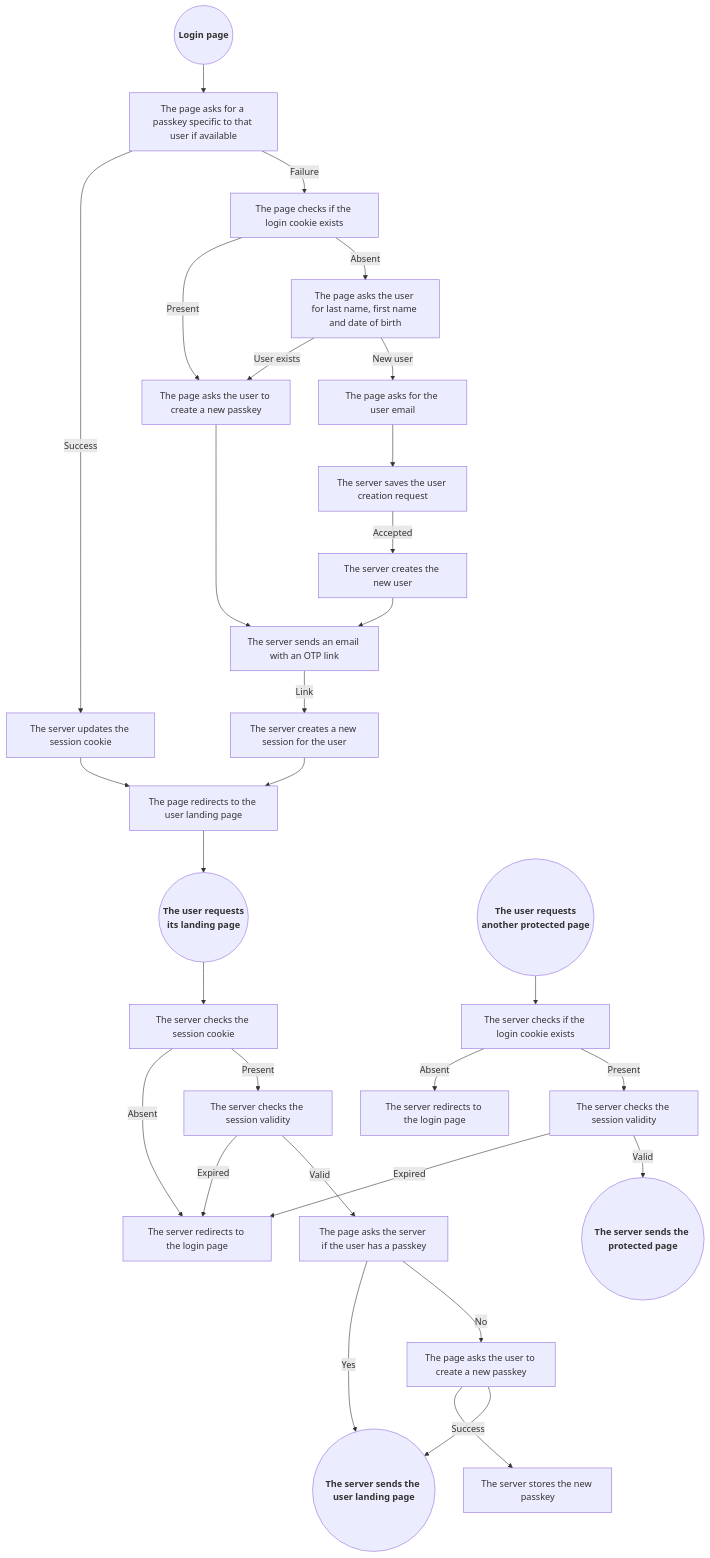
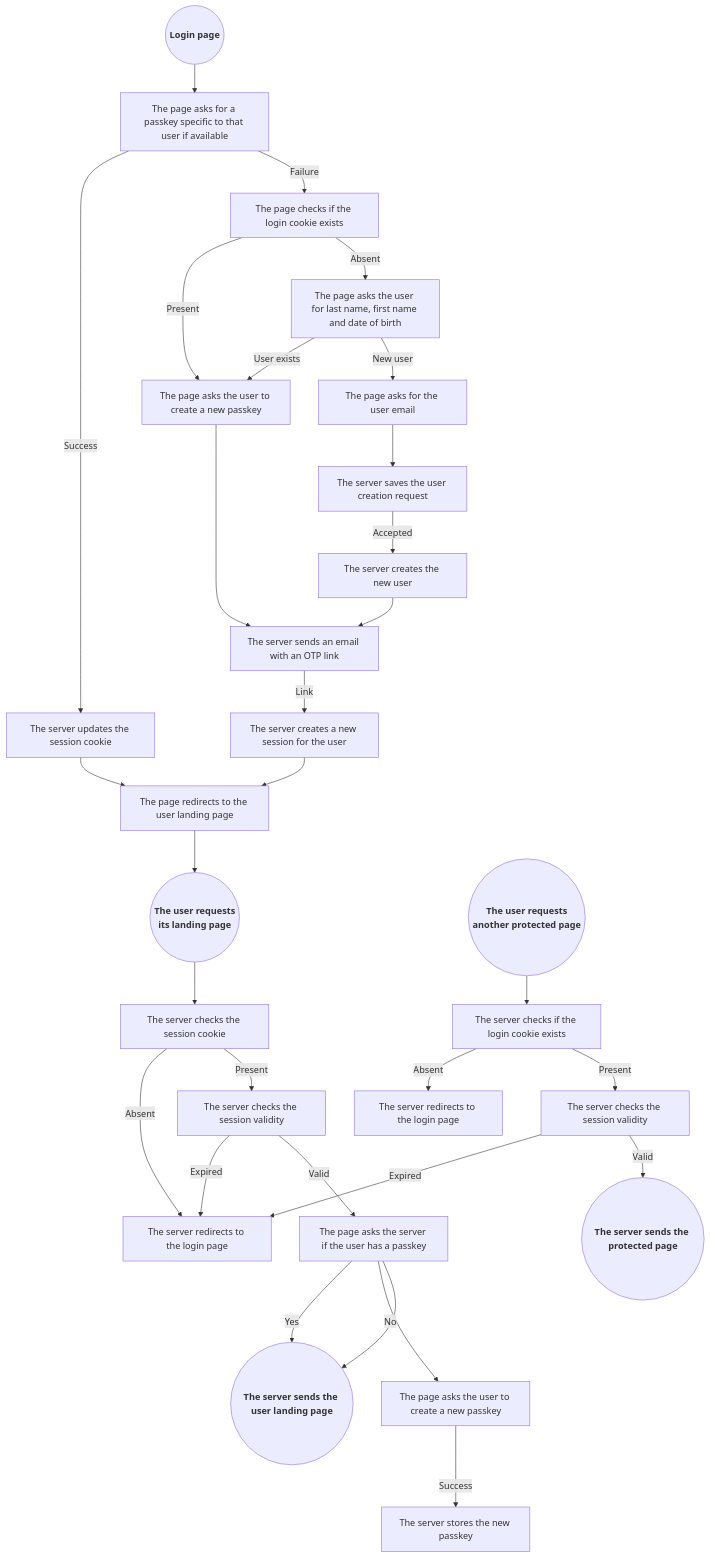
One commit to programingjd/tiered_server changed the diagram in README.md. Above: the diagram before and after it, drawn with Mermaid.

````diff
--- a/README.md
+++ b/README.md
@@ -123,39 +123,39 @@
 ```mermaid
 graph TD;
   UserLandingPageRequest(("<b>The user requests<br>its landing page</b>"))
   ProtectedPageRequest(("<b>The user requests<br>another protected page</b>"))
   LoginPageRequest(("<b>Login page</b>"))
   
   ProtectedPageRequest-->QueryCookie1[The server checks if the login cookie exists]
   QueryCookie1-->|Absent|LoginPageRedirect1[The server redirects to the login page]
   QueryCookie1-->|Present|CheckSessionValidity1[The server checks the session validity]
   CheckSessionValidity1-->|Expired|LoginPageRedirect
   CheckSessionValidity1-->|Valid|ProtectedPageResponse(("<b>The server sends the protected page<b>"))
 
   UserLandingPageRequest-->QueryCookie2[The server checks the session cookie]
   QueryCookie2--Absent-->LoginPageRedirect[The server redirects to the login page]
   QueryCookie2--Present-->CheckSessionValidity2[The server checks the session validity]
   CheckSessionValidity2-->|Expired|LoginPageRedirect
   CheckSessionValidity2-->|Valid|QueryExistingPasskey2[The page asks the server if the user has a passkey]
   QueryExistingPasskey2-->|Yes|UserLandingPageResponse(("<b>The server sends the user landing page<b>"))
   QueryExistingPasskey2-->|No|NewPasskeyPrompt2[The page asks the user to create a new passkey]
   NewPasskeyPrompt2-->|Success|NewPasskeyStore2[The server stores the new passkey]
-  NewPasskeyPrompt2-->UserLandingPageResponse
+  QueryExistingPasskey2-->UserLandingPageResponse
 
   LoginPageRequest-->QueryPasskey[The page asks for a passkey specific to that user if available]
   QueryPasskey-->|Success|SessionCookieUpdate[The server updates the session cookie]
   SessionCookieUpdate-->UserLandingPageRedirect[The page redirects to the user landing page]
   QueryPasskey-->|Failure|QueryCookie3[The page checks if the login cookie exists]
   QueryCookie3-->|Present|NewPasskeyPrompt3[The page asks the user to create a new passkey]
   QueryCookie3-->|Absent|UserForm[The page asks the user for last name, first name and date of birth]
   UserForm-->|User exists|NewPasskeyPrompt3
   NewPasskeyPrompt3-->EmailOTP[The server sends an email with an OTP link]
   EmailOTP-->|Link|NewSession[The server creates a new session for the user]
   NewSession-->UserLandingPageRedirect
   UserForm-->|New user|NewUser[The page asks for the user email]
   NewUser-->UserModeration[The server saves the user creation request]
   UserModeration-->|Accepted|UserCreation[The server creates the new user]
   UserCreation-->EmailOTP
   
   UserLandingPageRedirect-->UserLandingPageRequest
 ```
````
